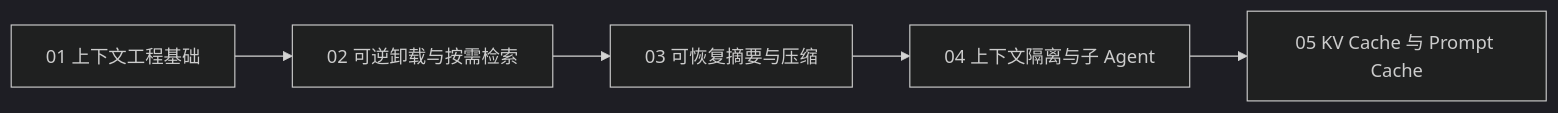
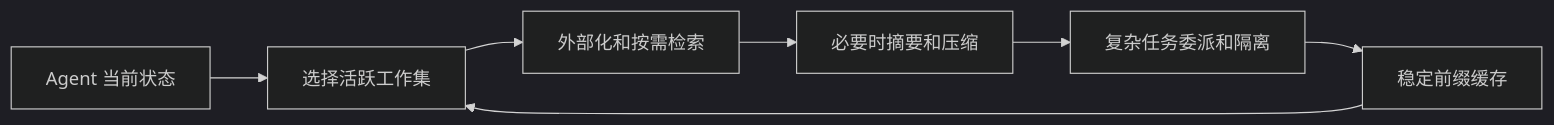
The first of 10 diagrams in docs/notes/context-management/index.md (ZackLiang/llm-learning-journey), drawn with Mermaid (dark theme) before and after one commit. The commit also changed other lines of this file and 7 other files, not shown here.

````diff
--- a/docs/notes/context-management/index.md
+++ b/docs/notes/context-management/index.md
@@ -8,7 +17,9 @@
 ```mermaid
 flowchart LR
-    A[01 上下文工程基础] --> B[02 可逆卸载与按需检索]
-    B --> C[03 可恢复摘要与压缩]
-    C --> D[04 上下文隔离与子 Agent]
-    D --> E[05 KV Cache 与 Prompt Cache]
+    A[Agent 当前状态] --> B[选择活跃工作集]
+    B --> C[外部化和按需检索]
+    C --> D[必要时摘要和压缩]
+    D --> E[复杂任务委派和隔离]
+    E --> F[稳定前缀缓存]
+    F --> B
 ```
````
